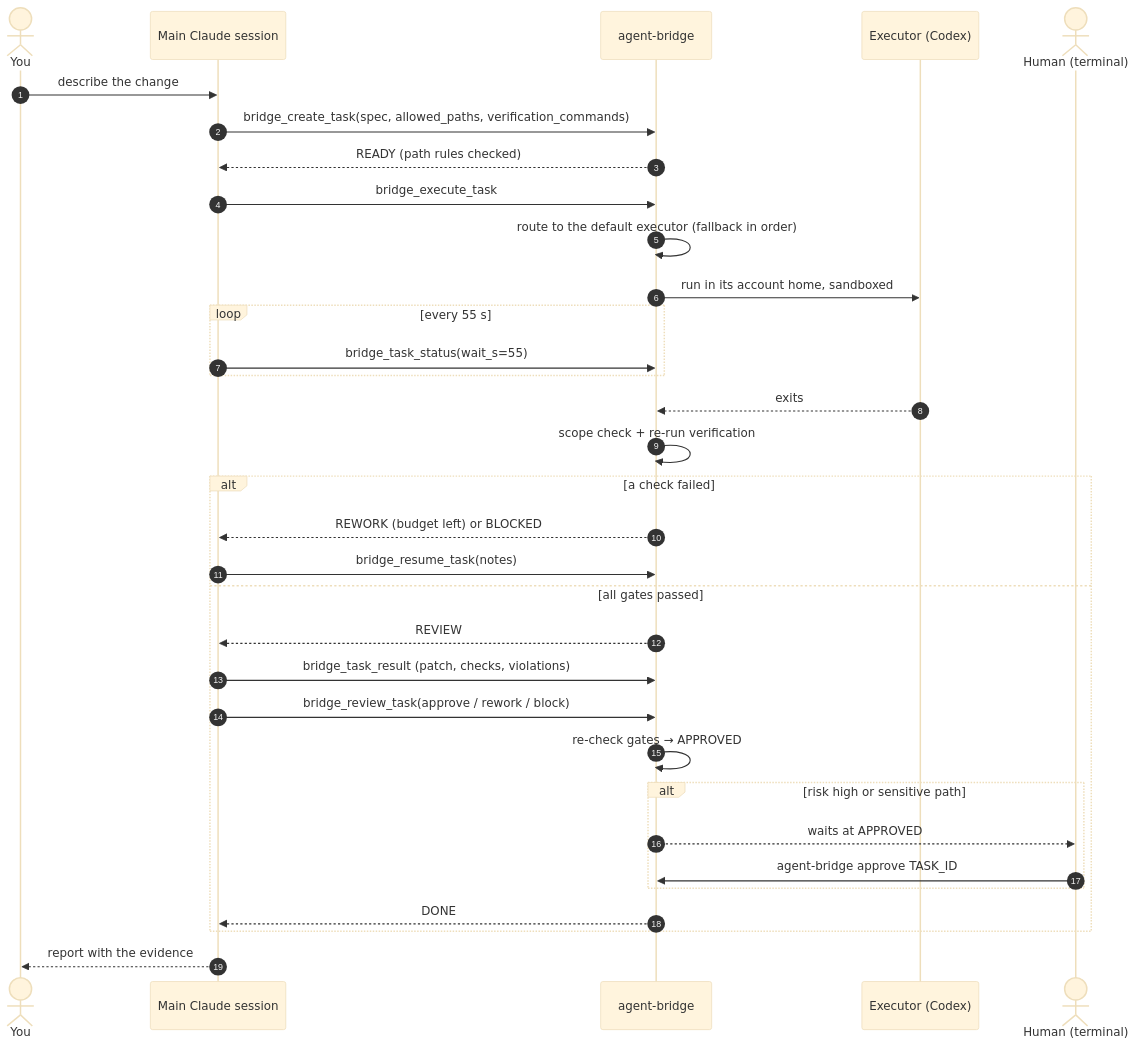
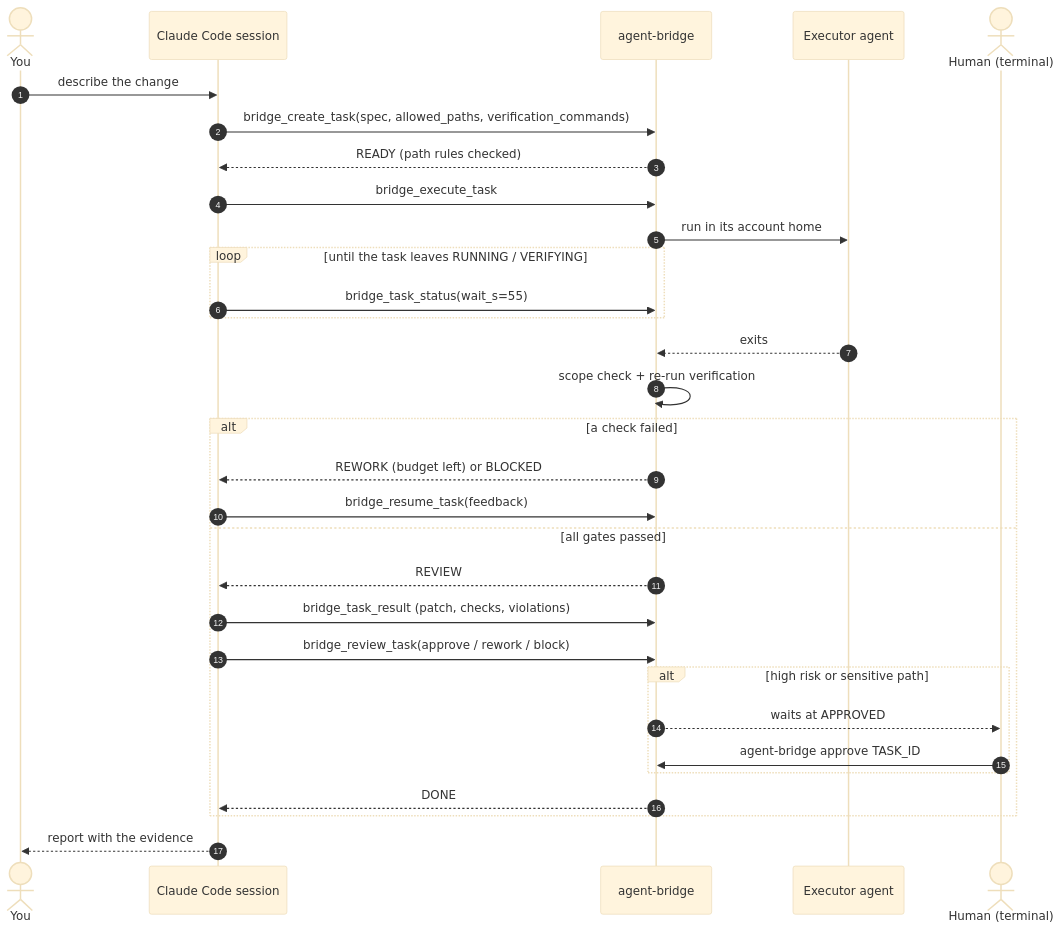
Before and after one commit to leetuanbmt/agent-orchestration-kit: the second of 2 diagrams in README.md, drawn with Mermaid (base theme). The commit also changed other lines of this file and 4 other files, not shown here.

````diff
--- a/README.md
+++ b/README.md
@@ -288,36 +265,34 @@
 ```mermaid
 sequenceDiagram
     autonumber
     actor You
-    participant C as Main Claude session
+    participant C as Claude Code session
     participant B as agent-bridge
-    participant X as Executor (Codex)
+    participant X as Executor agent
     actor H as Human (terminal)
 
     You->>C: describe the change
     C->>B: bridge_create_task(spec, allowed_paths, verification_commands)
     B-->>C: READY (path rules checked)
     C->>B: bridge_execute_task
-    B->>B: route to the default executor (fallback in order)
-    B->>X: run in its account home, sandboxed
-    loop every 55 s
+    B->>X: run in its account home
+    loop until the task leaves RUNNING / VERIFYING
         C->>B: bridge_task_status(wait_s=55)
     end
     X-->>B: exits
     B->>B: scope check + re-run verification
     alt a check failed
         B-->>C: REWORK (budget left) or BLOCKED
-        C->>B: bridge_resume_task(notes)
+        C->>B: bridge_resume_task(feedback)
     else all gates passed
         B-->>C: REVIEW
         C->>B: bridge_task_result (patch, checks, violations)
         C->>B: bridge_review_task(approve / rework / block)
-        B->>B: re-check gates → APPROVED
-        alt risk high or sensitive path
+        alt high risk or sensitive path
             B-->>H: waits at APPROVED
             H->>B: agent-bridge approve TASK_ID
         end
         B-->>C: DONE
     end
     C-->>You: report with the evidence
 ```
````
